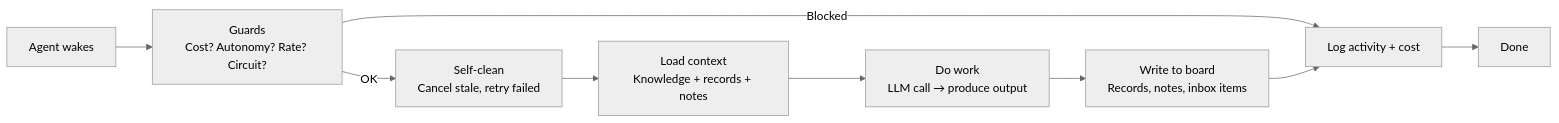
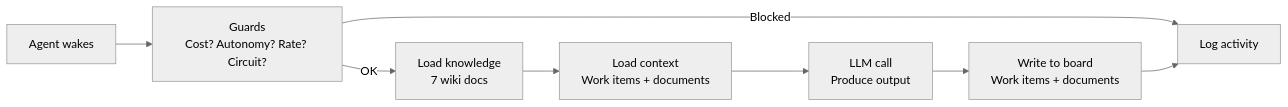
The fifth of 11 diagrams in docs/autopilot_arch_graph.md (damien-schneider/reflet), drawn with Mermaid (neutral theme) before and after one commit. The commit also changed other lines of this file and 144 other files, not shown here.

First line of the commit message:
refactor(autopilot): remove unused modules and consolidate schema into work/activity system

````diff
--- a/docs/autopilot_arch_graph.md
+++ b/docs/autopilot_arch_graph.md
@@ -117,15 +155,14 @@
 ```mermaid
 graph LR
     WAKE["Agent wakes"]
     GUARDS["Guards<br/>Cost? Autonomy? Rate? Circuit?"]
-    CLEAN["Self-clean<br/>Cancel stale, retry failed"]
-    CONTEXT["Load context<br/>Knowledge + records + notes"]
-    WORK["Do work<br/>LLM call → produce output"]
-    OUTPUT["Write to board<br/>Records, notes, inbox items"]
-    LOG["Log activity + cost"]
-    DONE["Done"]
+    KNOWLEDGE["Load knowledge<br/>7 wiki docs"]
+    CONTEXT["Load context<br/>Work items + documents"]
+    WORK["LLM call<br/>Produce output"]
+    OUTPUT["Write to board<br/>Work items + documents"]
+    LOG["Log activity"]
 
     WAKE --> GUARDS
     GUARDS -->|"Blocked"| LOG
-    GUARDS -->|"OK"| CLEAN --> CONTEXT --> WORK --> OUTPUT --> LOG --> DONE
+    GUARDS -->|"OK"| KNOWLEDGE --> CONTEXT --> WORK --> OUTPUT --> LOG
 ```
````
